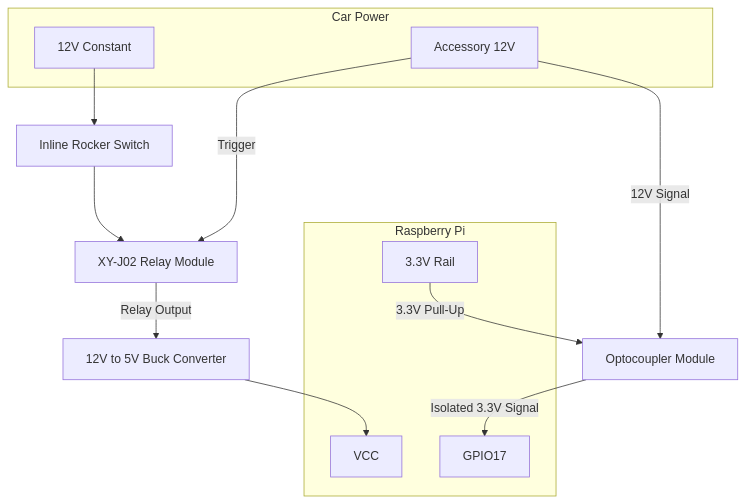
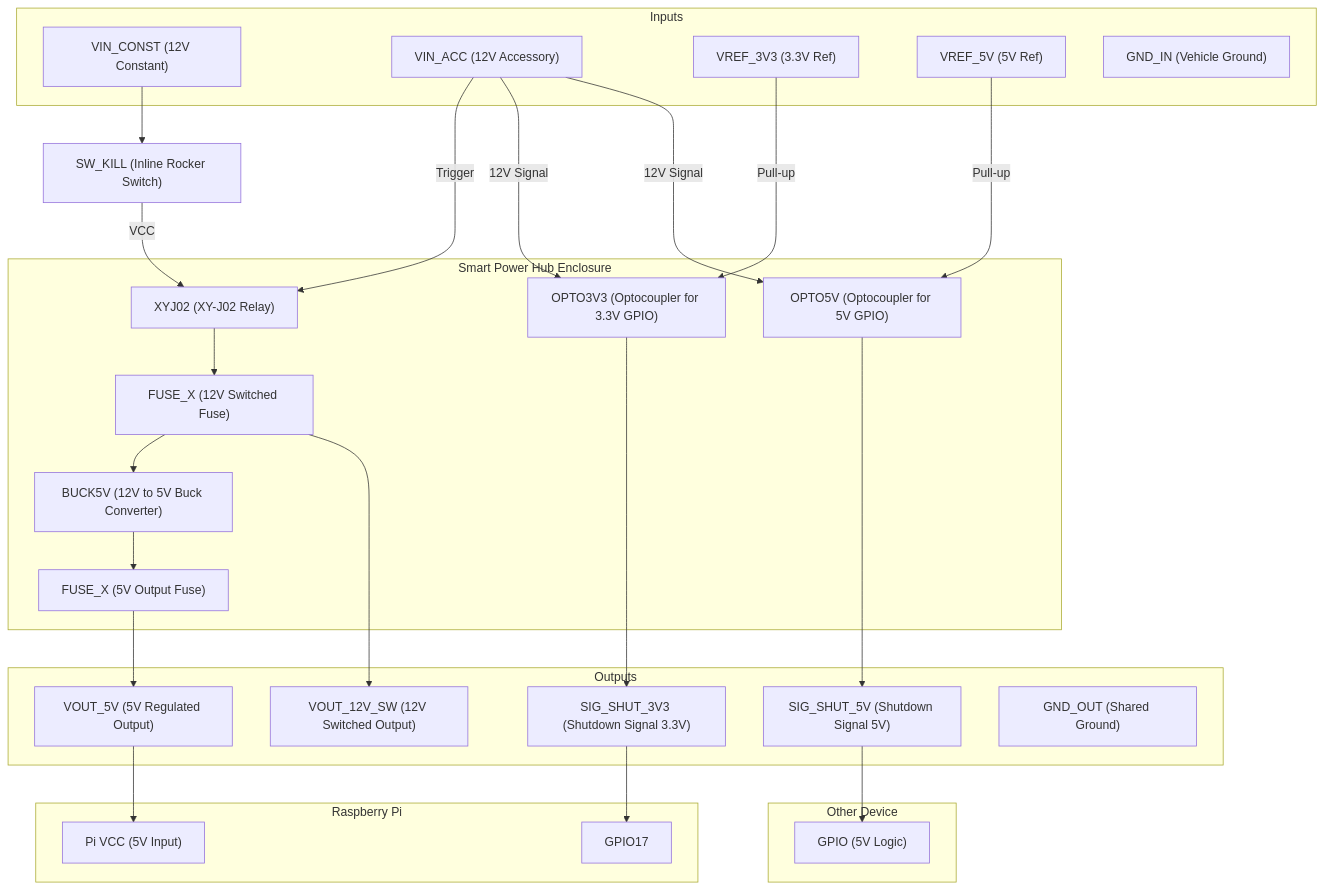
The first of 2 diagrams in docs/wiring/power.md (joshua-p-williams/DashForge), drawn with Mermaid before and after one commit. The commit also changed other lines of this file, not shown here.

Commit message:
Updated the smart power supply diagram

````diff
--- a/docs/wiring/power.md
+++ b/docs/wiring/power.md
@@ -21,24 +80,60 @@
 ```mermaid
 graph TD
-    ACC[Accessory 12V] -->|Trigger| XYJ02[XY-J02 Relay Module]
-    Constant[12V Constant] --> Kill[Inline Rocker Switch]
-    Kill --> XYJ02
-    XYJ02 -->|Relay Output| Buck[12V to 5V Buck Converter]
-    Buck --> PiVCC[VCC]
-
-    ACC -->|12V Signal| Opto[Optocoupler Module]
-
-    Pi33[3.3V Rail] -->|3.3V Pull-Up| Opto
-    Opto -->|Isolated 3.3V Signal| GPIO17[GPIO17]
-
-    subgraph Raspberry Pi
-        PiVCC
-        GPIO17
-        Pi33
+    %% Inputs
+    subgraph Inputs
+        VIN_CONST["VIN_CONST (12V Constant)"]
+        VIN_ACC["VIN_ACC (12V Accessory)"]
+        VREF_3V3["VREF_3V3 (3.3V Ref)"]
+        VREF_5V["VREF_5V (5V Ref)"]
+        GND_IN["GND_IN (Vehicle Ground)"]
     end
 
-    subgraph Car Power
-        ACC
-        Constant
+    %% External Kill Switch
+    VIN_CONST --> SW_KILL["SW_KILL (Inline Rocker Switch)"]
+
+    %% Power Hub
+    subgraph PowerHub["Smart Power Hub Enclosure"]
+        XYJ02["XYJ02 (XY-J02 Relay)"]
+        FUSE_12V["FUSE_X (12V Switched Fuse)"]
+        BUCK5V["BUCK5V (12V to 5V Buck Converter)"]
+        FUSE_5V["FUSE_X (5V Output Fuse)"]
+        OPTO3V3["OPTO3V3 (Optocoupler for 3.3V GPIO)"]
+        OPTO5V["OPTO5V (Optocoupler for 5V GPIO)"]
     end
+
+    %% Outputs
+    subgraph Outputs
+        VOUT_12V_SW["VOUT_12V_SW (12V Switched Output)"]
+        VOUT_5V["VOUT_5V (5V Regulated Output)"]
+        SIG_SHUT_3V3["SIG_SHUT_3V3 (Shutdown Signal 3.3V)"]
+        SIG_SHUT_5V["SIG_SHUT_5V (Shutdown Signal 5V)"]
+        GND_OUT["GND_OUT (Shared Ground)"]
+    end
+
+    %% Raspberry Pi
+    subgraph RaspberryPi["Raspberry Pi"]
+        GPIO17["GPIO17"]
+        PiVCC["Pi VCC (5V Input)"]
+    end
+
+    %% Other Device
+    subgraph OtherDevice["Other Device"]
+        DeviceGPIO["GPIO (5V Logic)"]
+    end
+
+    %% Relay Power Chain
+    SW_KILL -->|VCC| XYJ02
+    VIN_ACC -->|Trigger| XYJ02
+    XYJ02 --> FUSE_12V --> BUCK5V --> FUSE_5V
+    FUSE_12V --> VOUT_12V_SW
+    FUSE_5V --> VOUT_5V
+    VOUT_5V --> PiVCC
+
+    %% Shutdown Signal Paths
+    VIN_ACC -->|12V Signal| OPTO3V3
+    VREF_3V3 -->|Pull-up| OPTO3V3 --> SIG_SHUT_3V3 --> GPIO17
+
+    VIN_ACC -->|12V Signal| OPTO5V
+    VREF_5V -->|Pull-up| OPTO5V --> SIG_SHUT_5V --> DeviceGPIO
+
 ```
````
